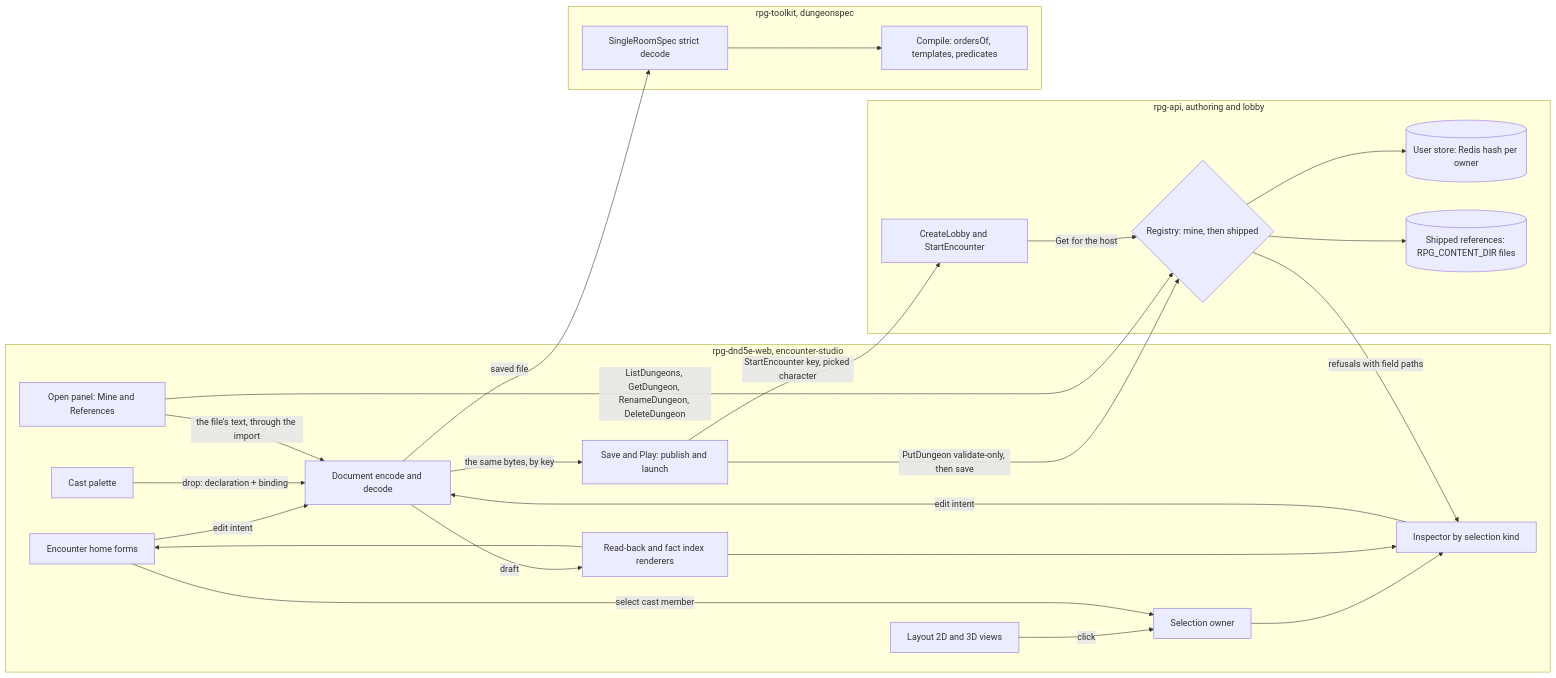
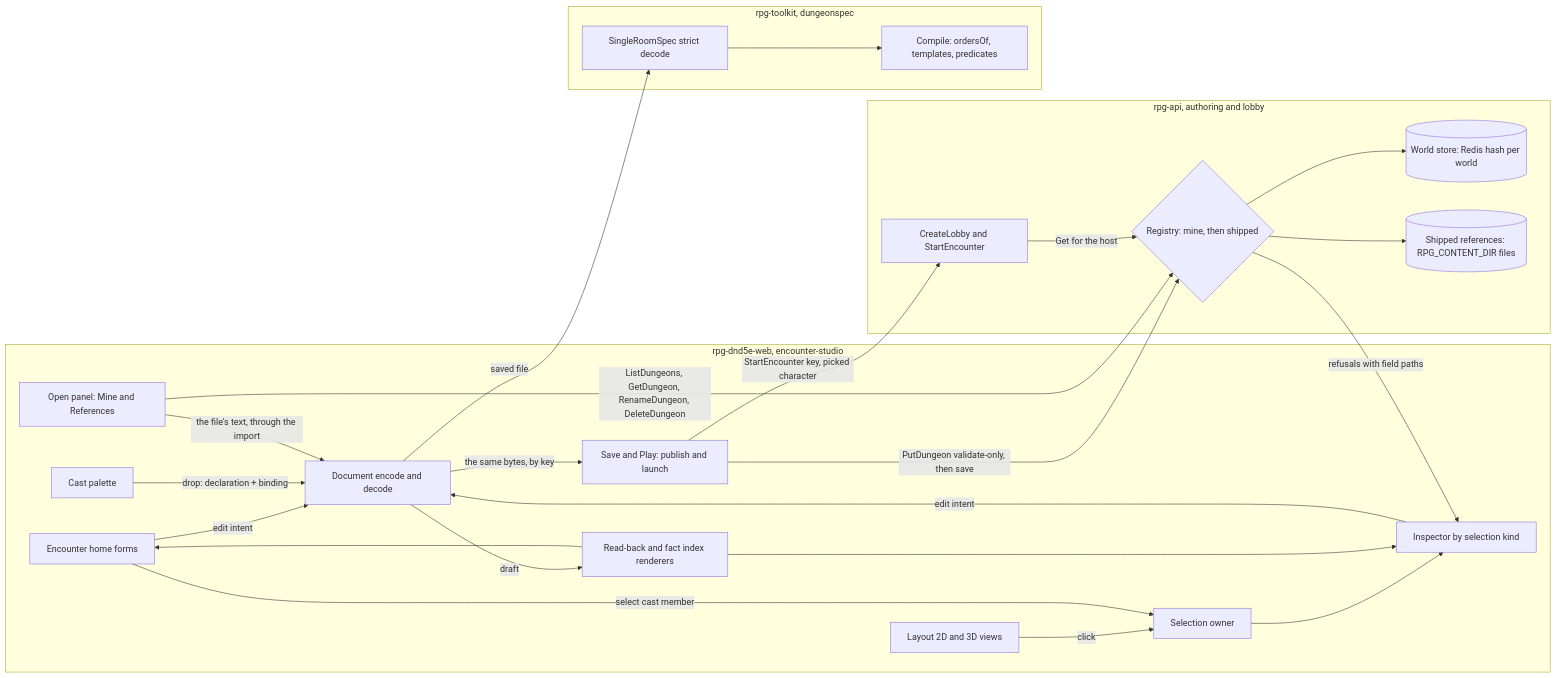
Before and after one commit to KirkDiggler/rpg-project: the diagram in ideas/encounter-studio/README.md, drawn with Mermaid. The commit also changed other lines of this file and 1 other file, not shown here.

First line of the commit message:
design: encounter studio S7 — keys unique per world, owner per record

````diff
--- a/ideas/encounter-studio/README.md
+++ b/ideas/encounter-studio/README.md
@@ -24,44 +25,44 @@
 ```mermaid
 flowchart LR
     subgraph Web[rpg-dnd5e-web, encounter-studio]
         Home[Encounter home forms]
         Palette[Cast palette]
         Map[Layout 2D and 3D views]
         Sel[Selection owner]
         Insp[Inspector by selection kind]
         RB[Read-back and fact index renderers]
         Codec[Document encode and decode]
         Pub[Save and Play: publish and launch]
         Open[Open panel: Mine and References]
     end
     subgraph API[rpg-api, authoring and lobby]
         Reg{Registry: mine, then shipped}
-        User[(User store: Redis hash per owner)]
+        User[(World store: Redis hash per world)]
         Ship[(Shipped references: RPG_CONTENT_DIR files)]
         Lobby[CreateLobby and StartEncounter]
     end
     subgraph TK[rpg-toolkit, dungeonspec]
         Dec[SingleRoomSpec strict decode]
         Comp[Compile: ordersOf, templates, predicates]
     end
     Home -->|edit intent| Codec
     Palette -->|drop: declaration + binding| Codec
     Map -->|click| Sel
     Home -->|select cast member| Sel
     Sel --> Insp
     Insp -->|edit intent| Codec
     Codec -->|draft| RB
     RB --> Insp
     RB --> Home
     Codec -->|saved file| Dec
     Dec --> Comp
     Codec -->|the same bytes, by key| Pub
     Pub -->|PutDungeon validate-only, then save| Reg
     Reg -->|refusals with field paths| Insp
     Pub -->|StartEncounter key, picked character| Lobby
     Open -->|ListDungeons, GetDungeon, RenameDungeon, DeleteDungeon| Reg
     Open -->|the file's text, through the import| Codec
     Reg --> User
     Reg --> Ship
     Lobby -->|Get for the host| Reg
 ```
````
